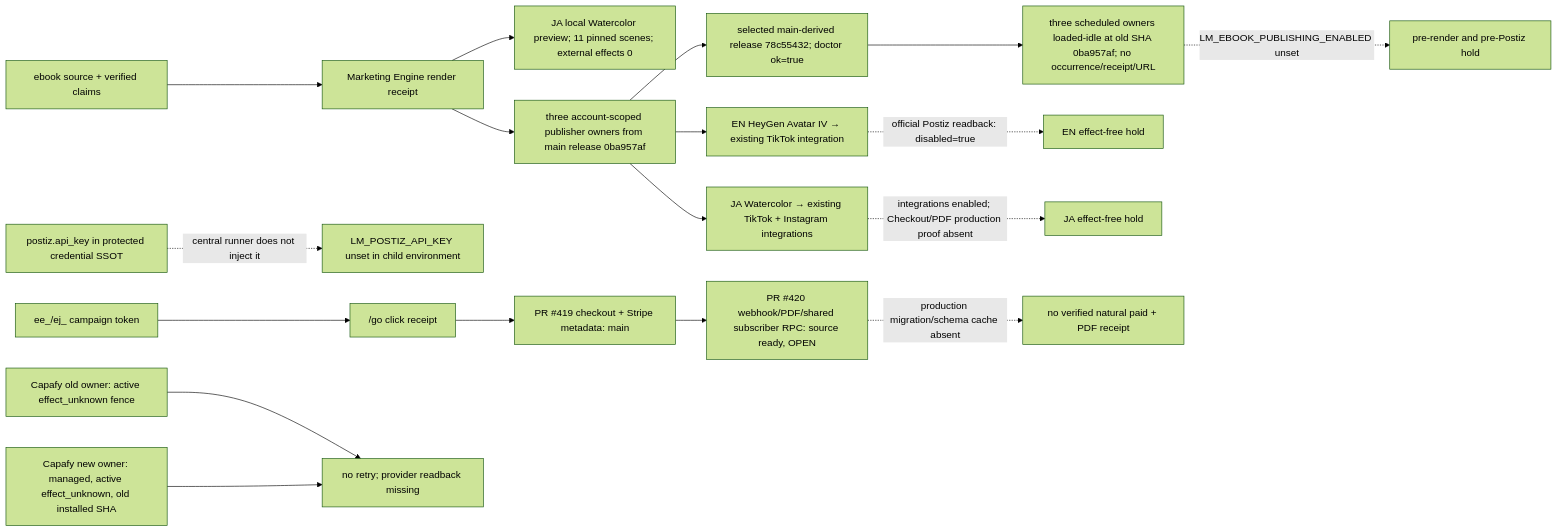
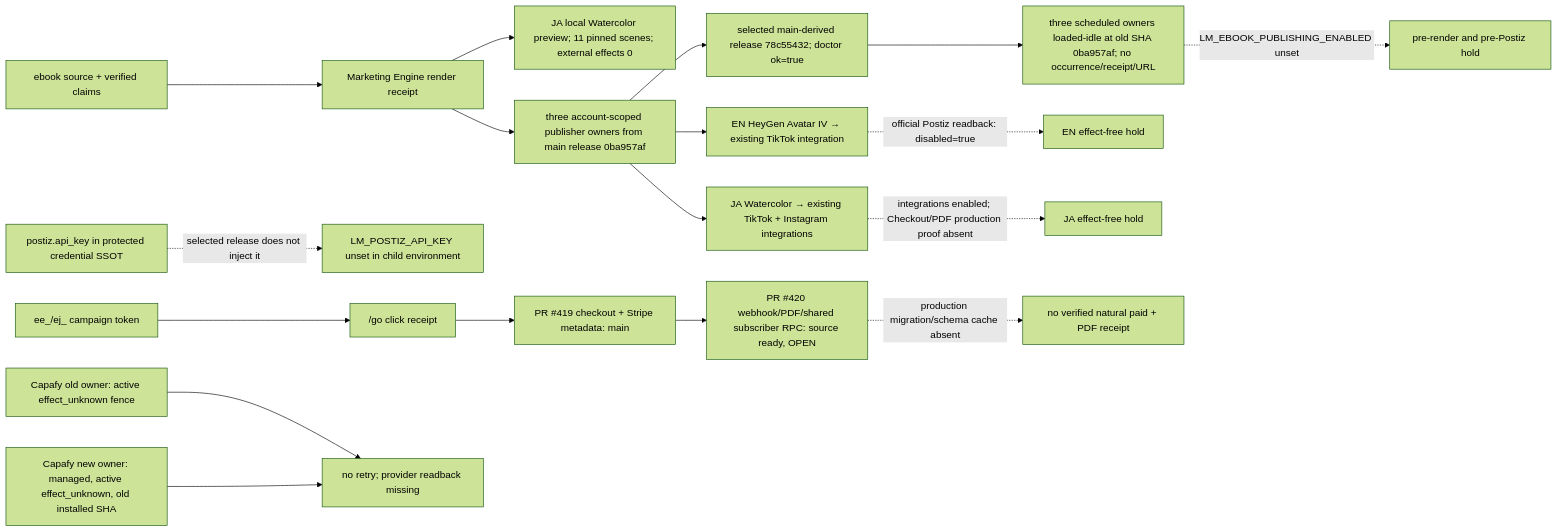
The first of 3 diagrams in docs/superpowers/specs/2026-10-05-ebook-revenue-loop-design.md (Daisuke134/life-manager), drawn with Mermaid (forest theme) before and after one commit. The commit also changed other lines of this file and 4 other files, not shown here.

Commit message:
fix(loop): load eBook Postiz credential from SSOT

```diff
--- a/docs/superpowers/specs/2026-10-05-ebook-revenue-loop-design.md
+++ b/docs/superpowers/specs/2026-10-05-ebook-revenue-loop-design.md
@@ -85,20 +85,20 @@
 ~~~mermaid
 flowchart LR
   CONTENT["ebook source + verified claims"] --> ENGINE["Marketing Engine render receipt"]
   ENGINE --> PREVIEW["JA local Watercolor preview; 11 pinned scenes; external effects 0"]
   ENGINE --> SOURCE["three account-scoped publisher owners from main release 0ba957af"]
   SOURCE --> RELEASE["selected main-derived release 78c55432; doctor ok=true"]
   RELEASE --> OWNER["three scheduled owners loaded-idle at old SHA 0ba957af; no occurrence/receipt/URL"]
   OWNER -. "LM_EBOOK_PUBLISHING_ENABLED unset" .-> NORUNTIME["pre-render and pre-Postiz hold"]
-  KEY["postiz.api_key in protected credential SSOT"] -. "central runner does not inject it" .-> ENV["LM_POSTIZ_API_KEY unset in child environment"]
+  KEY["postiz.api_key in protected credential SSOT"] -. "selected release does not inject it" .-> ENV["LM_POSTIZ_API_KEY unset in child environment"]
   SOURCE --> EN["EN HeyGen Avatar IV → existing TikTok integration"]
   SOURCE --> JA["JA Watercolor → existing TikTok + Instagram integrations"]
   EN -. "official Postiz readback: disabled=true" .-> ENHOLD["EN effect-free hold"]
   JA -. "integrations enabled; Checkout/PDF production proof absent" .-> JAHOLD["JA effect-free hold"]
   TOKEN["ee_/ej_ campaign token"] --> GO["/go click receipt"]
   GO --> CHECKOUT["PR #419 checkout + Stripe metadata: main"]
   CHECKOUT --> WH["PR #420 webhook/PDF/shared subscriber RPC: source ready, OPEN"]
   WH -. "production migration/schema cache absent" .-> NOORDER["no verified natural paid + PDF receipt"]
   OLD["Capafy old owner: active effect_unknown fence"] --> HOLD["no retry; provider readback missing"]
   NEW["Capafy new owner: managed, active effect_unknown, old installed SHA"] --> HOLD
 ~~~
```
